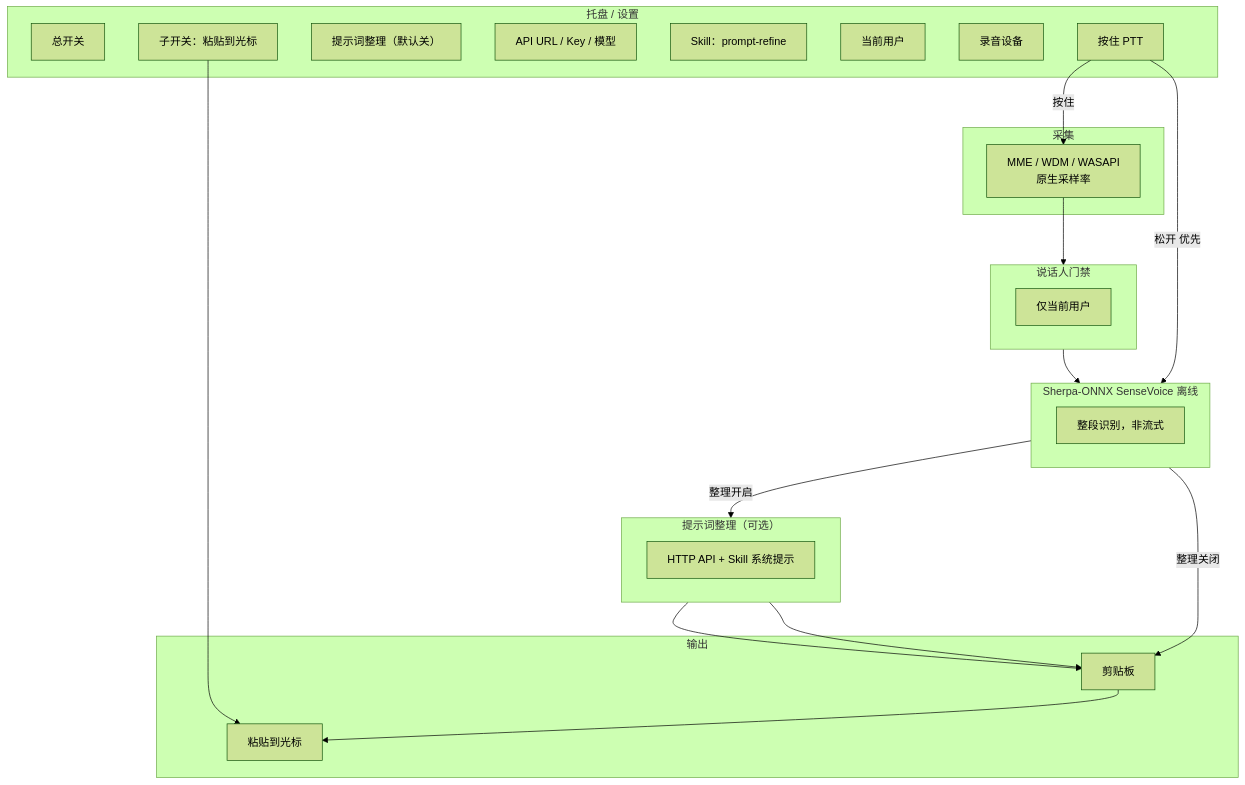
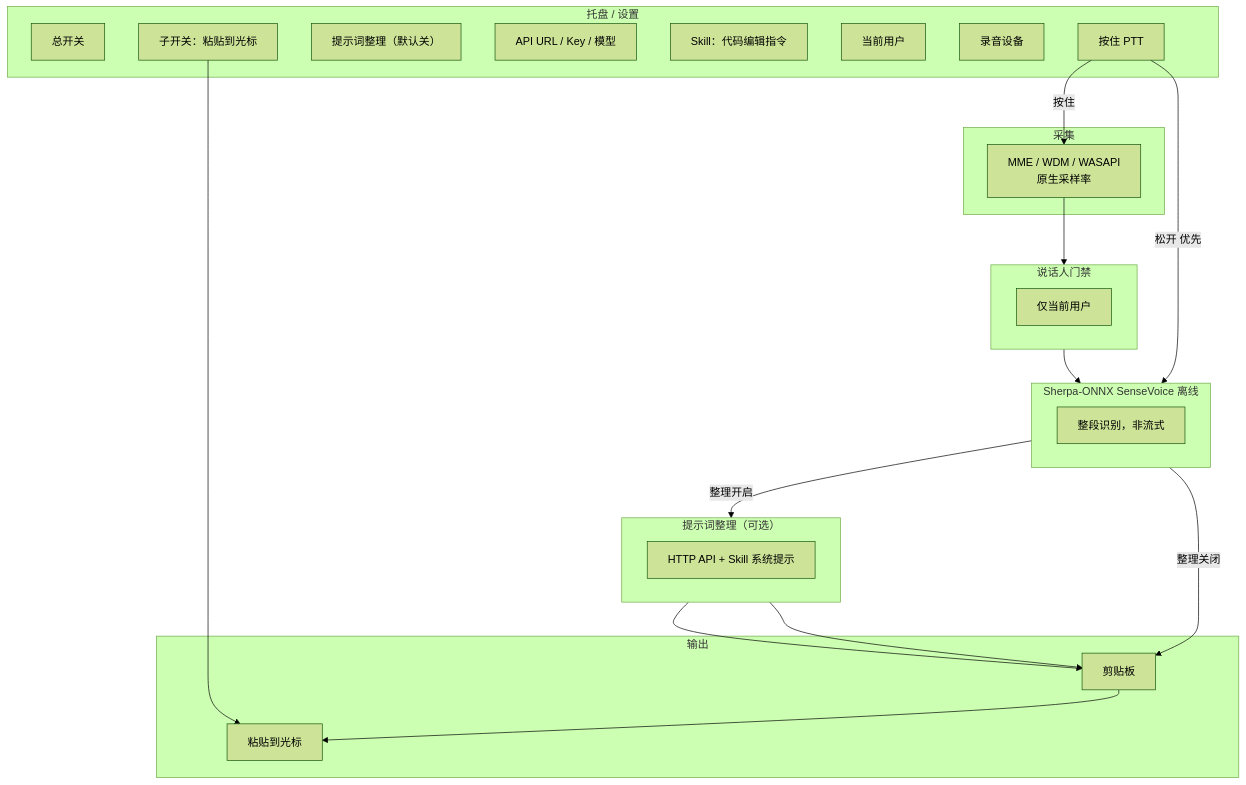
Before and after one commit to wangyuanzhong/array-mic-refreshment: the diagram in README.md, drawn with Mermaid (forest theme). The commit also changed other lines of this file and 4 other files, not shown here.

````diff
--- a/README.md
+++ b/README.md
@@ -41,43 +41,43 @@
 ```mermaid
 flowchart TB
     subgraph Tray["托盘 / 设置"]
         SW1["总开关"]
         SW2["子开关：粘贴到光标"]
         AGT["提示词整理（默认关）"]
         APISET["API URL / Key / 模型"]
-        SKILL["Skill：prompt-refine"]
+        SKILL["Skill：代码编辑指令"]
         USER["当前用户"]
         DEV["录音设备"]
         PTT["按住 PTT"]
     end
 
     subgraph Capture["采集"]
         AUDIO["MME / WDM / WASAPI<br/>原生采样率"]
     end
 
     subgraph Gate["说话人门禁"]
         SPK["仅当前用户"]
     end
 
     subgraph ASR["Sherpa-ONNX SenseVoice 离线"]
         OFF["整段识别，非流式"]
     end
 
     subgraph LLM["提示词整理（可选）"]
         REF["HTTP API + Skill 系统提示"]
     end
 
     subgraph Out["输出"]
         CB["剪贴板"]
         PST["粘贴到光标"]
     end
 
     PTT -->|按住| AUDIO
     PTT -->|松开 优先| ASR
     AUDIO --> Gate --> ASR
     ASR -->|整理开启| LLM --> CB
     ASR -->|整理关闭| CB
     LLM --> CB
     CB --> PST
     SW2 --> PST
 ```
````
